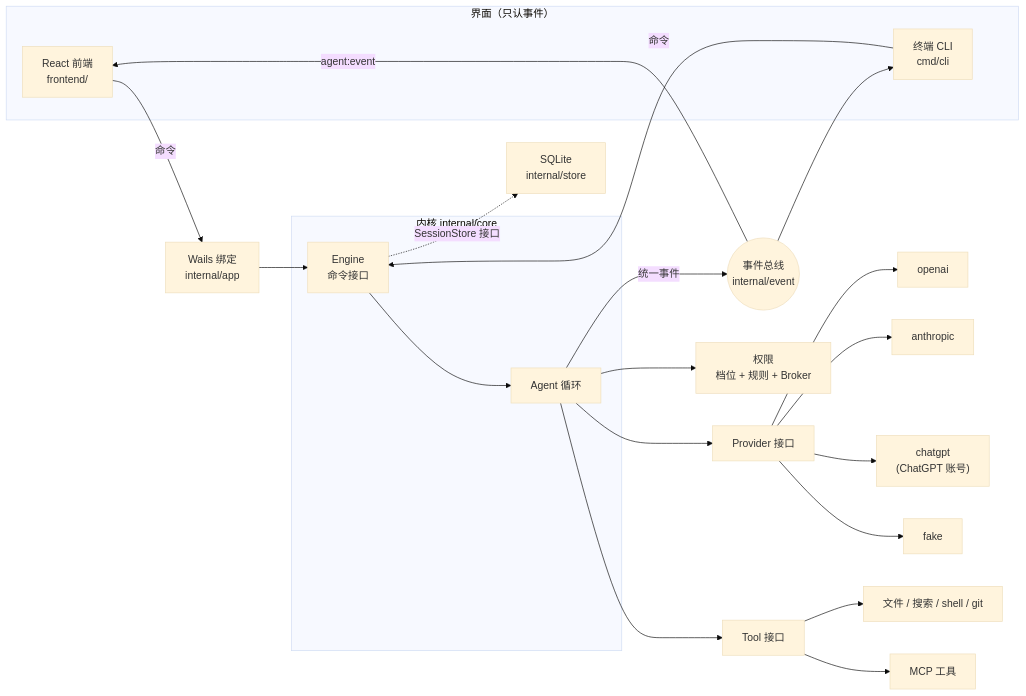
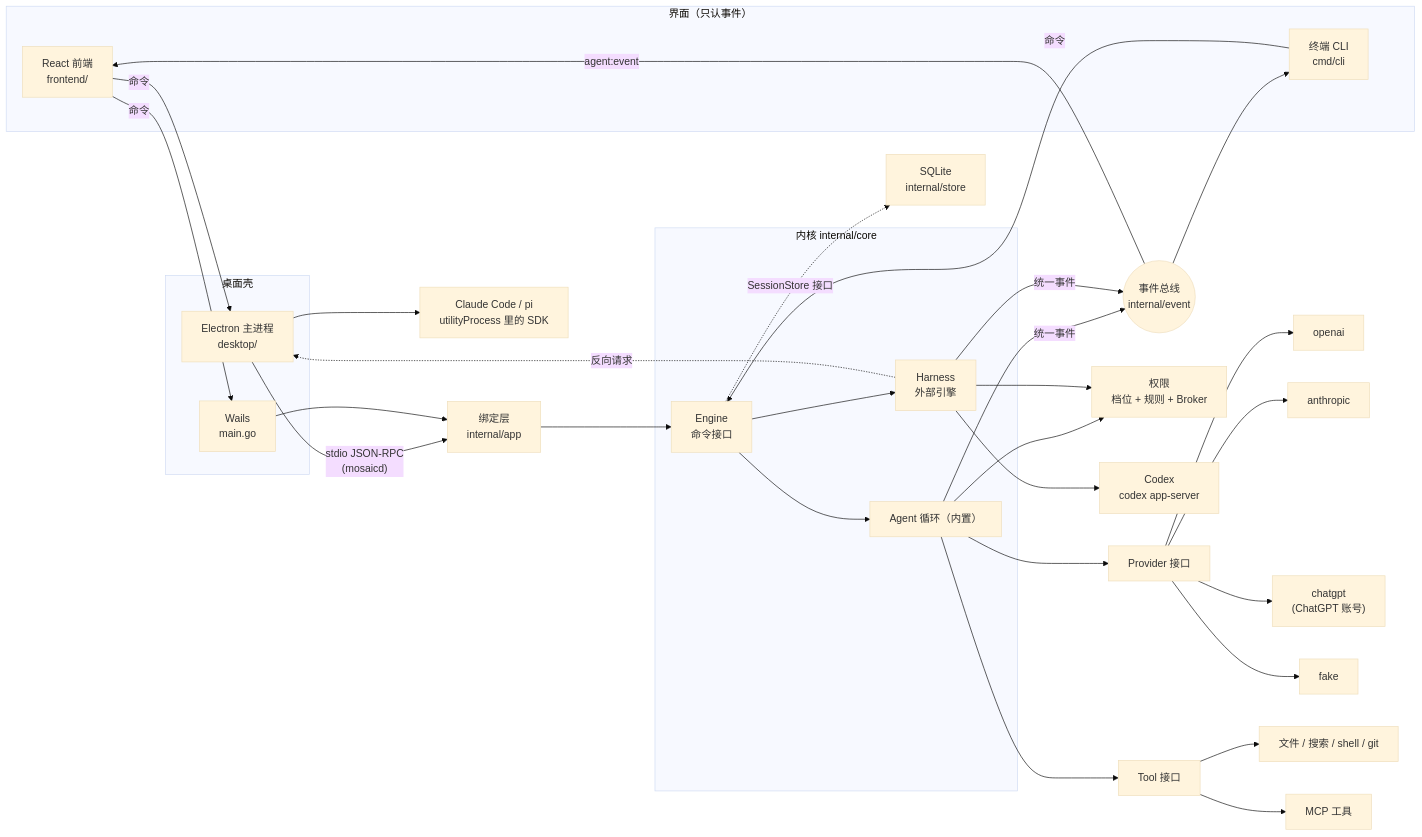
Before and after one commit to crazyjums/mosaic: the diagram in README.md, drawn with Mermaid (base theme). The commit also changed other lines of this file, not shown here.

First line of the commit message:
docs: README 更新——Electron 版、外部 Agent 引擎、安装包、架构图、路线图

````diff
--- a/README.md
+++ b/README.md
@@ -159,26 +194,39 @@
 ```mermaid
 flowchart LR
     subgraph UI["界面（只认事件）"]
         FE["React 前端<br/>frontend/"]
         CLI["终端 CLI<br/>cmd/cli"]
     end
-    APP["Wails 绑定<br/>internal/app"]
+    subgraph SH["桌面壳"]
+        EL["Electron 主进程<br/>desktop/"]
+        WL["Wails<br/>main.go"]
+    end
+    APP["绑定层<br/>internal/app"]
     subgraph K["内核 internal/core"]
         ENG["Engine<br/>命令接口"]
-        AG["Agent 循环"]
+        AG["Agent 循环（内置）"]
+        HN["Harness<br/>外部引擎"]
     end
     BUS(("事件总线<br/>internal/event"))
     P["Provider 接口"] --> OAI["openai"] & ANT["anthropic"] & CG["chatgpt<br/>(ChatGPT 账号)"] & FAKE["fake"]
     T["Tool 接口"] --> BI["文件 / 搜索 / shell / git"] & MCP["MCP 工具"]
     PERM["权限<br/>档位 + 规则 + Broker"]
     ST["SQLite<br/>internal/store"]
+    CX["Codex<br/>codex app-server"]
+    WK["Claude Code / pi<br/>utilityProcess 里的 SDK"]
 
-    FE -- "命令" --> APP --> ENG
+    FE -- "命令" --> EL -- "stdio JSON-RPC<br/>(mosaicd)" --> APP
+    FE -- "命令" --> WL --> APP
+    APP --> ENG
     CLI -- "命令" --> ENG
-    ENG --> AG
+    ENG --> AG & HN
     AG --> P & T & PERM
+    HN --> CX
+    HN -. "反向请求" .-> EL --> WK
+    HN --> PERM
     AG -- "统一事件" --> BUS
+    HN -- "统一事件" --> BUS
     BUS -- "agent:event" --> FE
     BUS --> CLI
     ENG -. "SessionStore 接口" .-> ST
 ```
````
